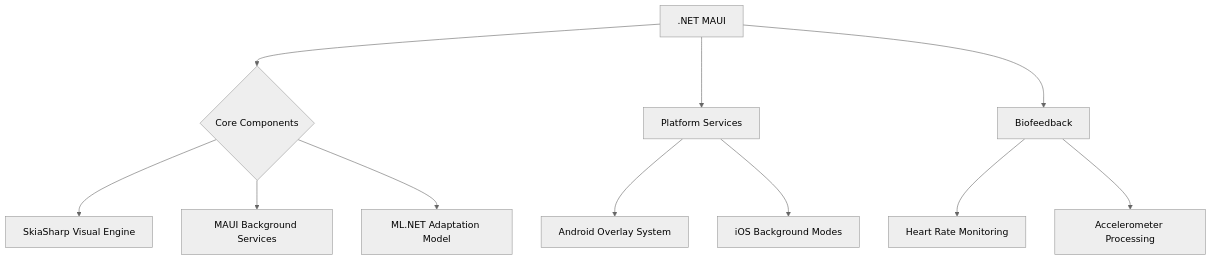
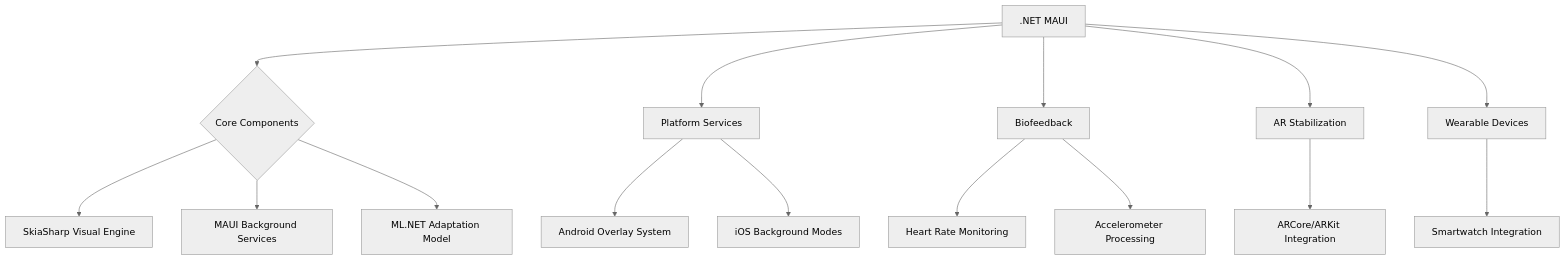
The diagram in README.md (swapnilpopatgaikwad/MotionSicknessApp), drawn with Mermaid (neutral theme) before and after one commit. The commit also changed other lines of this file, not shown here.

Commit message:
Enhance README.md with new features: AR stabilization, wearable device integration, and cross-platform overlay solutions

````diff
--- a/README.md
+++ b/README.md
@@ -32,13 +38,17 @@
 ```mermaid
 graph TD
     A[.NET MAUI] --> B{Core Components}
     B --> C[SkiaSharp Visual Engine]
     B --> D[MAUI Background Services]
     B --> E[ML.NET Adaptation Model]
     A --> F[Platform Services]
     F --> G[Android Overlay System]
     F --> H[iOS Background Modes]
     A --> I[Biofeedback]
     I --> J[Heart Rate Monitoring]
     I --> K[Accelerometer Processing]
+    A --> L[AR Stabilization]
+    L --> M[ARCore/ARKit Integration]
+    A --> N[Wearable Devices]
+    N --> O[Smartwatch Integration]
 ```
````
